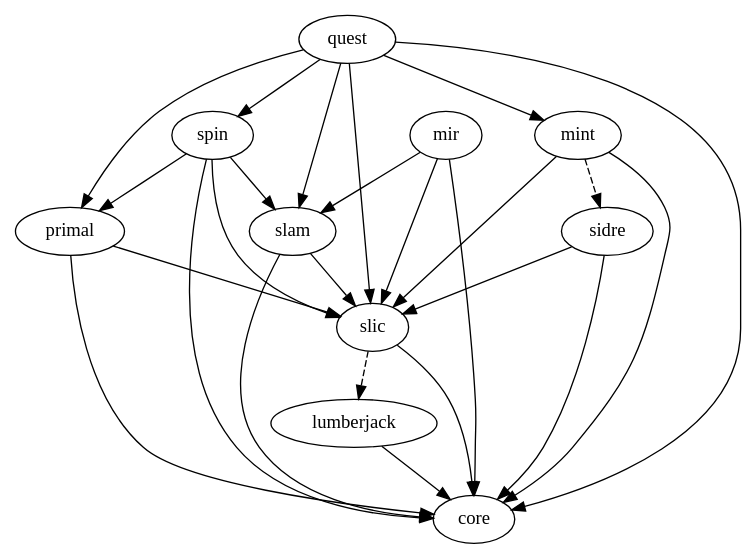
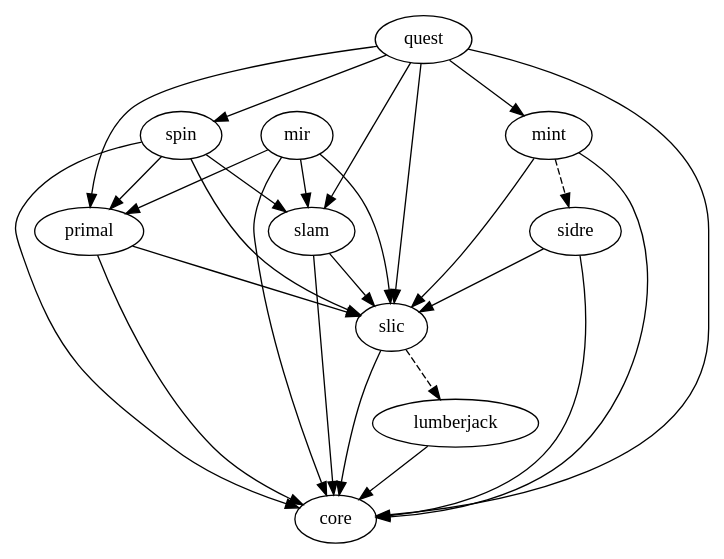
One commit to LLNL/axom changed the diagram in src/docs/dependencies.dot. Above: the diagram before and after it, drawn with Graphviz. The commit also changed 3 other files, not shown here.

Commit message:
Mir component now depends on primal

```diff
--- a/src/docs/dependencies.dot
+++ b/src/docs/dependencies.dot
@@ -1,11 +1,11 @@
 digraph dependencies {
   quest -> {slam primal mint spin};
   {quest slam primal mint spin} -> {slic core};
   mint -> sidre [style="dashed"];
-  mir -> {slic core slam};
+  mir -> {slic core slam primal};
   spin -> {slam primal};
   sidre -> {slic core};
   slic -> core;
   slic -> lumberjack [style="dashed"];
   lumberjack -> core;
 }
```
